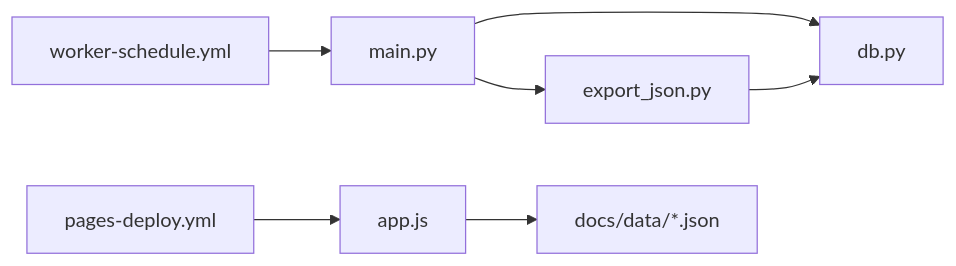
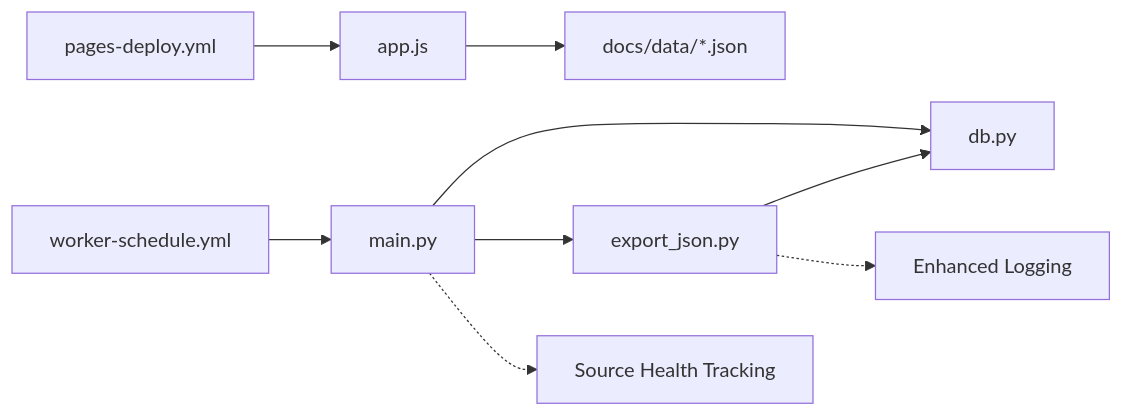
One commit to shakthi-vinayak/news changed the sixth of 6 diagrams in .qoder/repowiki/en/content/Data Management/JSON Export System.md. Above: the diagram before and after it, drawn with Mermaid. The commit also changed other lines of this file and 37 other files, not shown here.

````diff
--- a/.qoder/repowiki/en/content/Data Management/JSON Export System.md
+++ b/.qoder/repowiki/en/content/Data Management/JSON Export System.md
@@ -397,9 +427,11 @@
 ```mermaid
 graph LR
 MAIN["main.py"] --> DB["db.py"]
 MAIN --> EXP["export_json.py"]
 EXP --> DB
 APP["app.js"] --> DATA["docs/data/*.json"]
 SCHED["worker-schedule.yml"] --> MAIN
 PAGES["pages-deploy.yml"] --> APP
+MAIN -.-> HEALTH["Source Health Tracking"]
+EXP -.-> LOGGING["Enhanced Logging"]
 ```
````
